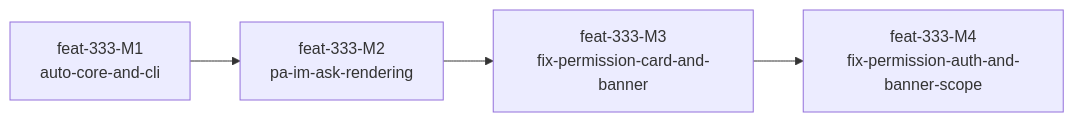
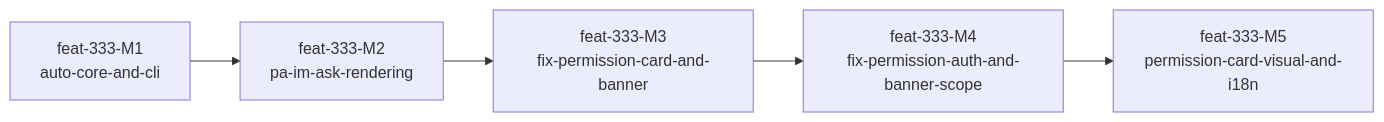
One commit to Mrchen116/nano-multiagent changed the diagram in docs/changes/feat-333-auto-mode-classifier/design.md. Above: the diagram before and after it, drawn with Mermaid. The commit also changed other lines of this file and 2 other files, not shown here.

First line of the commit message:
docs(feat-333): design 补 permission-card 视觉规范 + i18n，新增 M5

````diff
--- a/docs/changes/feat-333-auto-mode-classifier/design.md
+++ b/docs/changes/feat-333-auto-mode-classifier/design.md
@@ -921,6 +938,7 @@
 ```mermaid
 graph LR
   M1[feat-333-M1<br/>auto-core-and-cli] --> M2[feat-333-M2<br/>pa-im-ask-rendering]
   M2 --> M3[feat-333-M3<br/>fix-permission-card-and-banner]
   M3 --> M4[feat-333-M4<br/>fix-permission-auth-and-banner-scope]
+  M4 --> M5[feat-333-M5<br/>permission-card-visual-and-i18n]
 ```
````
